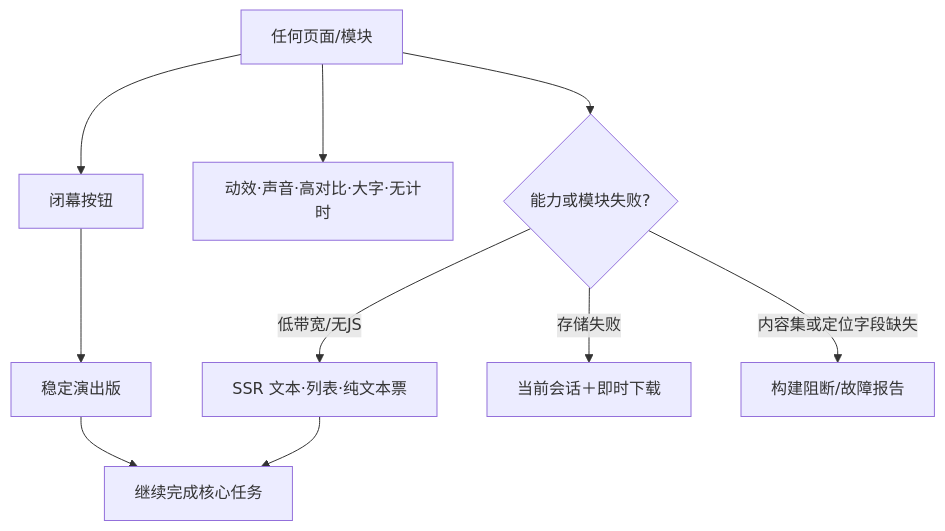
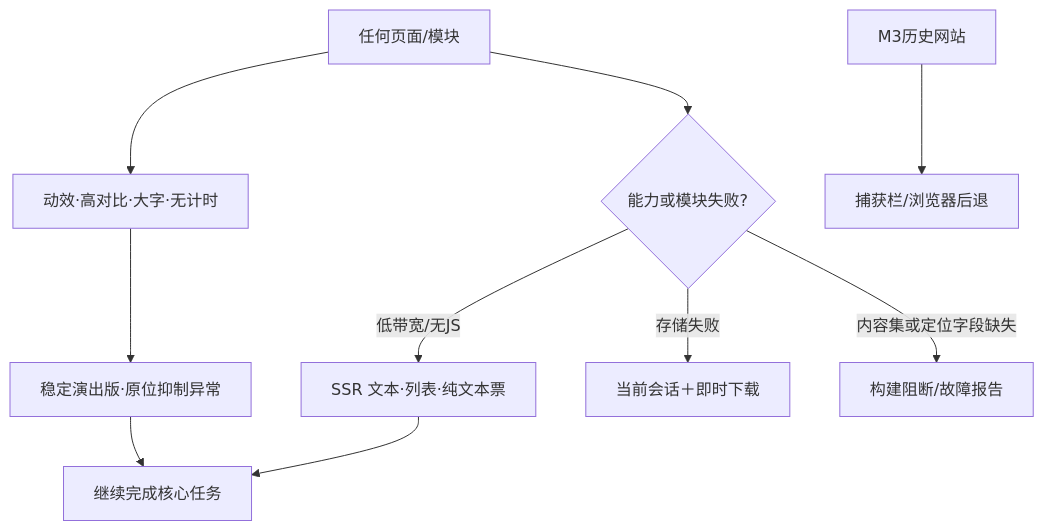
The diagram in docs/blueprint/03_journeys/maps/10_安全无障碍与故障恢复.mmd (Selloryebir/crimson_troupe), drawn with Mermaid before and after one commit. The commit also changed 45 other files, not shown here.

```diff
--- a/docs/blueprint/03_journeys/maps/10_安全无障碍与故障恢复.mmd
+++ b/docs/blueprint/03_journeys/maps/10_安全无障碍与故障恢复.mmd
@@ -1,10 +1,10 @@
 flowchart TD
-  Any[任何页面/模块] --> Close[闭幕按钮]
-  Close --> Stable[稳定演出版]
-  Any --> Access[动效·声音·高对比·大字·无计时]
+  Any[任何页面/模块] --> Access[动效·高对比·大字·无计时]
+  Historical[M3历史网站] --> Capture[捕获栏/浏览器后退]
+  Access --> Stable[稳定演出版·原位抑制异常]
   Any --> Failure{能力或模块失败?}
   Failure -->|低带宽/无JS| Text[SSR 文本·列表·纯文本票]
   Failure -->|存储失败| Session[当前会话＋即时下载]
   Failure -->|内容集或定位字段缺失| Block[构建阻断/故障报告]
   Text --> Task[继续完成核心任务]
   Stable --> Task
```
